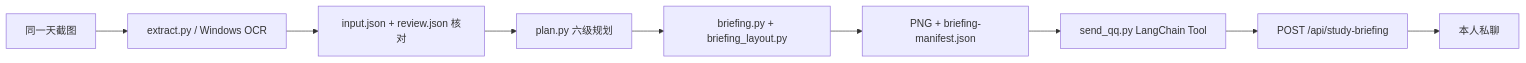
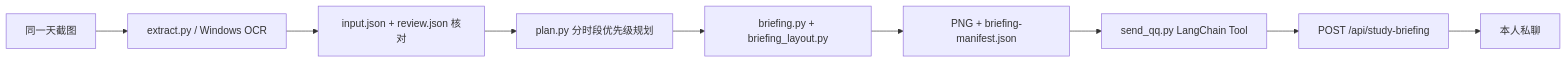
Before and after one commit to Alexx-Powered/alex-bot: the third of 3 diagrams in HANDOVER.md, drawn with Mermaid. The commit also changed other lines of this file and 19 other files, not shown here.

````diff
--- a/HANDOVER.md
+++ b/HANDOVER.md
@@ -177,11 +180,11 @@
 ```mermaid
 flowchart LR
   SCREEN[同一天截图] --> OCR[extract.py / Windows OCR]
   OCR --> REVIEW[input.json + review.json 核对]
-  REVIEW --> PLAN[plan.py 六级规划]
+  REVIEW --> PLAN[plan.py 分时段优先级规划]
   PLAN --> RENDER[briefing.py + briefing_layout.py]
   RENDER --> MANIFEST[PNG + briefing-manifest.json]
   MANIFEST --> SEND[send_qq.py LangChain Tool]
   SEND --> API[POST /api/study-briefing]
   API --> OWNER[本人私聊]
 ```
````
